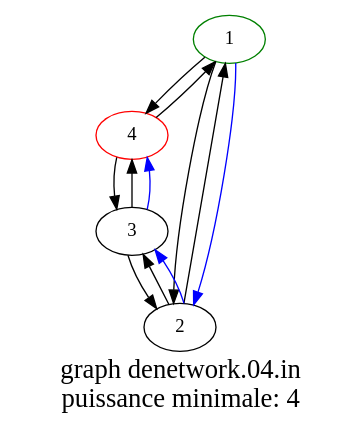
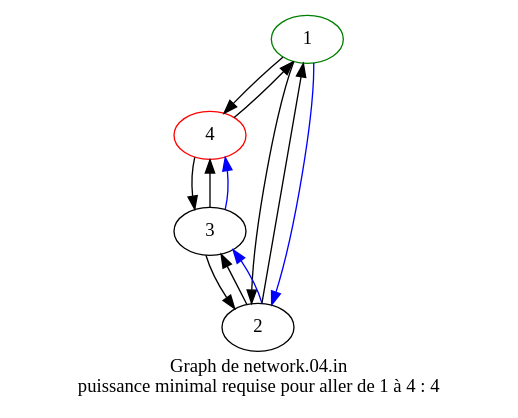
The diagram in representation_graph.gv (gabrieldeboerdere/ensae-prog23-1), drawn with Graphviz before and after one commit. The commit also changed 2 other files, not shown here.

```diff
--- a/representation_graph.gv
+++ b/representation_graph.gv
@@ -1,18 +1,17 @@
 digraph G {
 	1 [color=green]
 	4 [color=red]
 	1 -> 4
 	1 -> 2
 	2 -> 3
 	2 -> 1
 	3 -> 2
 	3 -> 4
 	4 -> 3
 	4 -> 1
 	1 -> 2 [color=blue]
 	2 -> 3 [color=blue]
 	3 -> 4 [color=blue]
-	label="graph denetwork.04.in
-puissance minimale: 4"
-	fontsize=20
+	label="Graph de network.04.in
+puissance minimal requise pour aller de 1 à 4 : 4"
 }
```
